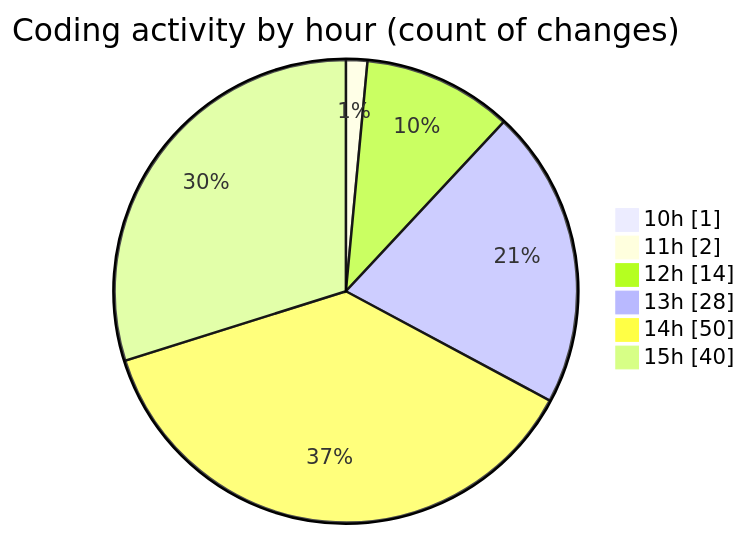
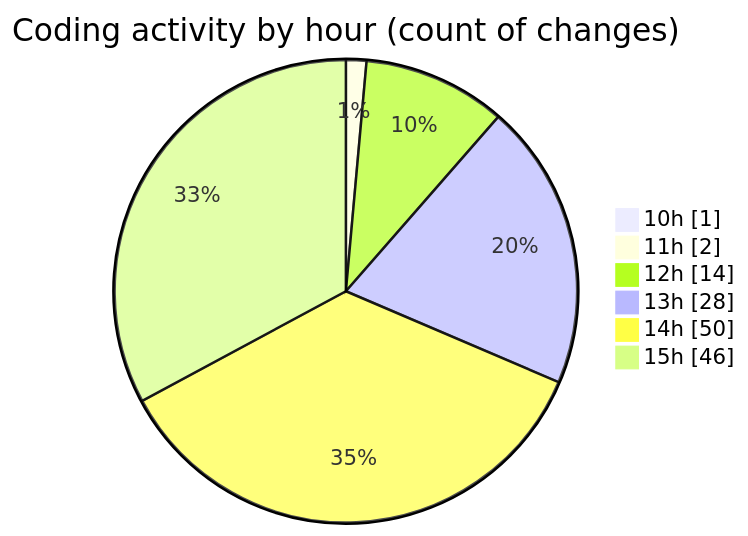
One commit to momahboobian/code-tracking changed the second of 2 diagrams in 2026-11-02/cda/README.md. Above: the diagram before and after it, drawn with Mermaid. The commit also changed other lines of this file and 1 other file, not shown here.

````diff
--- a/2026-11-02/cda/README.md
+++ b/2026-11-02/cda/README.md
@@ -66,10 +69,10 @@
 ```mermaid
 pie showData
 title Coding activity by hour (count of changes)
 "10h" : 1
 "11h" : 2
 "12h" : 14
 "13h" : 28
 "14h" : 50
-"15h" : 40
+"15h" : 46
 ```
````
